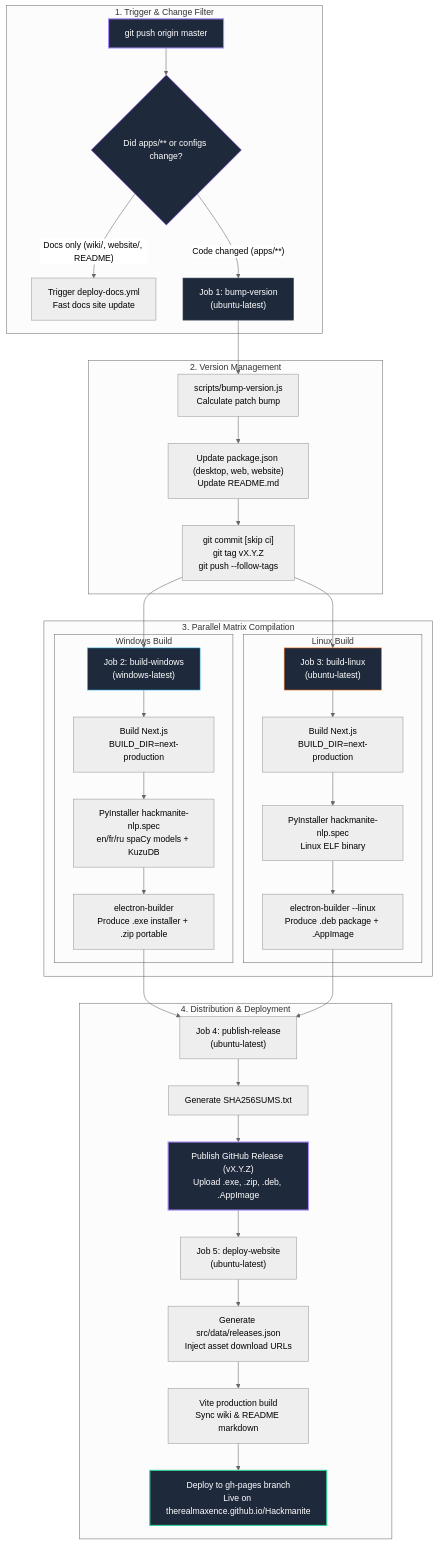
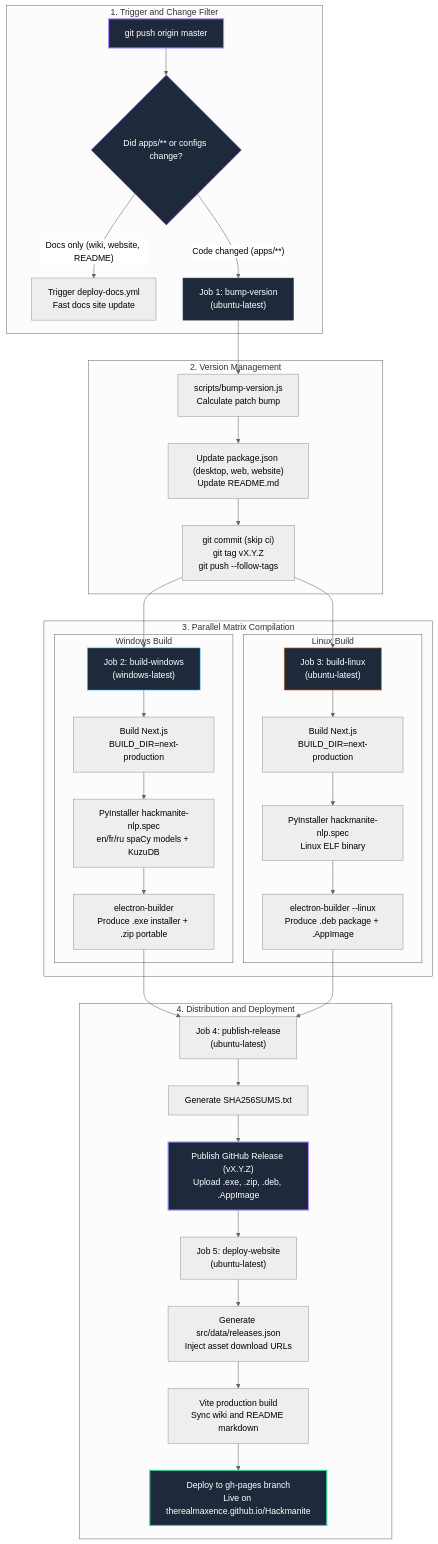
One commit to therealmaxence/Hackmanite changed the sixth of 6 diagrams in website/src/content/wiki/9_Project_Architecture.md. Above: the diagram before and after it, drawn with Mermaid (neutral theme). The commit also changed 2 other files, not shown here.

Commit message:
fix(docs): resolve Mermaid syntax and XML entity errors in architecture diagram

````diff
--- a/website/src/content/wiki/9_Project_Architecture.md
+++ b/website/src/content/wiki/9_Project_Architecture.md
@@ -422,51 +422,51 @@
 ```mermaid
 flowchart TD
-    subgraph Trigger["1. Trigger & Change Filter"]
+    subgraph Trigger["1. Trigger and Change Filter"]
         Push["git push origin master"] --> Filter{"Did apps/** or configs change?"}
-        Filter -- "Docs only (wiki/, website/, README)" --> DocsOnly["Trigger deploy-docs.yml\nFast docs site update"]
-        Filter -- "Code changed (apps/**)" --> BumpJob["Job 1: bump-version\n(ubuntu-latest)"]
+        Filter -->|"Docs only (wiki, website, README)"| DocsOnly["Trigger deploy-docs.yml<br/>Fast docs site update"]
+        Filter -->|"Code changed (apps/**)"| BumpJob["Job 1: bump-version<br/>(ubuntu-latest)"]
     end
 
     subgraph Versioning["2. Version Management"]
-        BumpJob --> CalcVersion["scripts/bump-version.js\nCalculate patch bump"]
-        CalcVersion --> UpdateManifests["Update package.json (desktop, web, website)\nUpdate README.md"]
-        UpdateManifests --> GitCommit["git commit [skip ci]\ngit tag vX.Y.Z\ngit push --follow-tags"]
+        BumpJob --> CalcVersion["scripts/bump-version.js<br/>Calculate patch bump"]
+        CalcVersion --> UpdateManifests["Update package.json (desktop, web, website)<br/>Update README.md"]
+        UpdateManifests --> GitCommit["git commit (skip ci)<br/>git tag vX.Y.Z<br/>git push --follow-tags"]
     end
 
     subgraph Matrix["3. Parallel Matrix Compilation"]
-        GitCommit --> WinRunner["Job 2: build-windows\n(windows-latest)"]
-        GitCommit --> LinRunner["Job 3: build-linux\n(ubuntu-latest)"]
+        GitCommit --> WinRunner["Job 2: build-windows<br/>(windows-latest)"]
+        GitCommit --> LinRunner["Job 3: build-linux<br/>(ubuntu-latest)"]
 
         subgraph WinSteps["Windows Build"]
-            WinRunner --> WinNext["Build Next.js\nBUILD_DIR=next-production"]
-            WinNext --> WinNLP["PyInstaller hackmanite-nlp.spec\nen/fr/ru spaCy models + KuzuDB"]
-            WinNLP --> WinElectron["electron-builder\nProduce .exe installer + .zip portable"]
+            WinRunner --> WinNext["Build Next.js<br/>BUILD_DIR=next-production"]
+            WinNext --> WinNLP["PyInstaller hackmanite-nlp.spec<br/>en/fr/ru spaCy models + KuzuDB"]
+            WinNLP --> WinElectron["electron-builder<br/>Produce .exe installer + .zip portable"]
         end
 
         subgraph LinSteps["Linux Build"]
-            LinRunner --> LinNext["Build Next.js\nBUILD_DIR=next-production"]
-            LinNext --> LinNLP["PyInstaller hackmanite-nlp.spec\nLinux ELF binary"]
-            LinNLP --> LinElectron["electron-builder --linux\nProduce .deb package + .AppImage"]
+            LinRunner --> LinNext["Build Next.js<br/>BUILD_DIR=next-production"]
+            LinNext --> LinNLP["PyInstaller hackmanite-nlp.spec<br/>Linux ELF binary"]
+            LinNLP --> LinElectron["electron-builder --linux<br/>Produce .deb package + .AppImage"]
         end
     end
 
-    subgraph Release["4. Distribution & Deployment"]
-        WinElectron --> Collect["Job 4: publish-release\n(ubuntu-latest)"]
+    subgraph Release["4. Distribution and Deployment"]
+        WinElectron --> Collect["Job 4: publish-release<br/>(ubuntu-latest)"]
         LinElectron --> Collect
         Collect --> Checksum["Generate SHA256SUMS.txt"]
-        Checksum --> GHRelease["Publish GitHub Release (vX.Y.Z)\nUpload .exe, .zip, .deb, .AppImage"]
+        Checksum --> GHRelease["Publish GitHub Release (vX.Y.Z)<br/>Upload .exe, .zip, .deb, .AppImage"]
 
-        GHRelease --> WebDeploy["Job 5: deploy-website\n(ubuntu-latest)"]
-        WebDeploy --> GenManifest["Generate src/data/releases.json\nInject asset download URLs"]
-        GenManifest --> BuildSite["Vite production build\nSync wiki & README markdown"]
-        BuildSite --> GHPages["Deploy to gh-pages branch\nLive on therealmaxence.github.io/Hackmanite"]
+        GHRelease --> WebDeploy["Job 5: deploy-website<br/>(ubuntu-latest)"]
+        WebDeploy --> GenManifest["Generate src/data/releases.json<br/>Inject asset download URLs"]
+        GenManifest --> BuildSite["Vite production build<br/>Sync wiki and README markdown"]
+        BuildSite --> GHPages["Deploy to gh-pages branch<br/>Live on therealmaxence.github.io/Hackmanite"]
     end
 
     style Push fill:#1e293b,stroke:#a78bfa,stroke-width:2px,color:#fff
     style Filter fill:#1e293b,stroke:#7c3aed,stroke-width:1px,color:#fff
     style BumpJob fill:#1e293b,stroke:#475569,stroke-width:1px,color:#fff
     style WinRunner fill:#1e293b,stroke:#38bdf8,stroke-width:1px,color:#fff
     style LinRunner fill:#1e293b,stroke:#f97316,stroke-width:1px,color:#fff
     style GHRelease fill:#1e293b,stroke:#a78bfa,stroke-width:2px,color:#fff
     style GHPages fill:#1e293b,stroke:#34d399,stroke-width:2px,color:#fff
 ```
````
